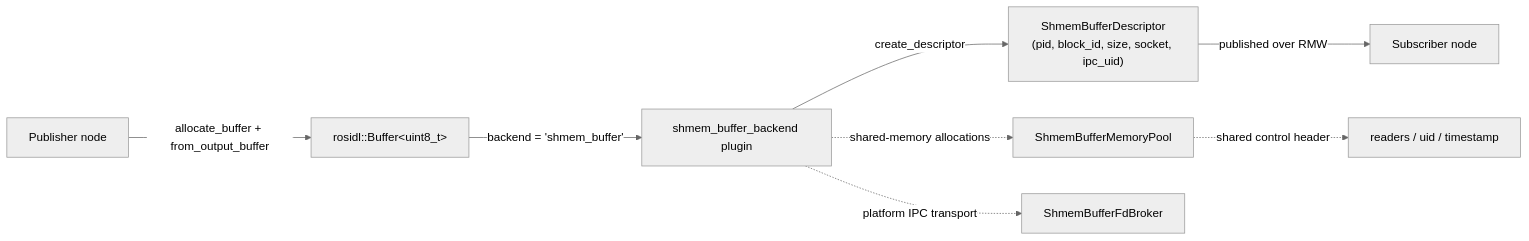
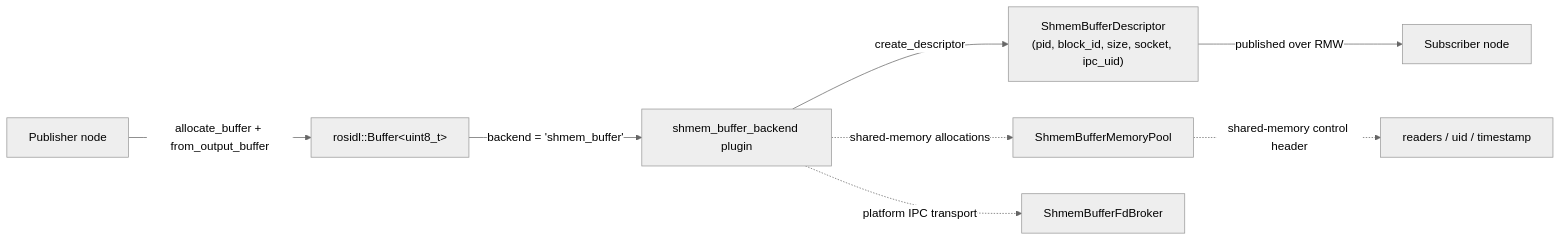
Before and after one commit to dskkato/shmem_buffer_backend: the first of 6 diagrams in docs/shmem_buffer_backend_design.md, drawn with Mermaid (neutral theme). The commit also changed other lines of this file and 11 other files, not shown here.

Commit message:
Describe buffers as shared-memory

````diff
--- a/docs/shmem_buffer_backend_design.md
+++ b/docs/shmem_buffer_backend_design.md
@@ -30,14 +30,14 @@
 ```mermaid
 flowchart LR
   Pub["Publisher node"]
   Sub["Subscriber node"]
 
   Pub -->|"allocate_buffer + from_output_buffer"| Buffer["rosidl::Buffer&lt;uint8_t&gt;"]
   Buffer -->|"backend = 'shmem_buffer'"| Plugin[shmem_buffer_backend plugin]
   Plugin -->|"create_descriptor"| Descriptor["ShmemBufferDescriptor<br/>(pid, block_id, size, socket, ipc_uid)"]
   Descriptor -->|"published over RMW"| Sub
 
   Plugin -.->|"shared-memory allocations"| Pool[ShmemBufferMemoryPool]
   Plugin -.->|"platform IPC transport"| Broker[ShmemBufferFdBroker]
-  Pool -.->|"shared control header"| Control["readers / uid / timestamp"]
+  Pool -.->|"shared-memory control header"| Control["readers / uid / timestamp"]
 ```
````
